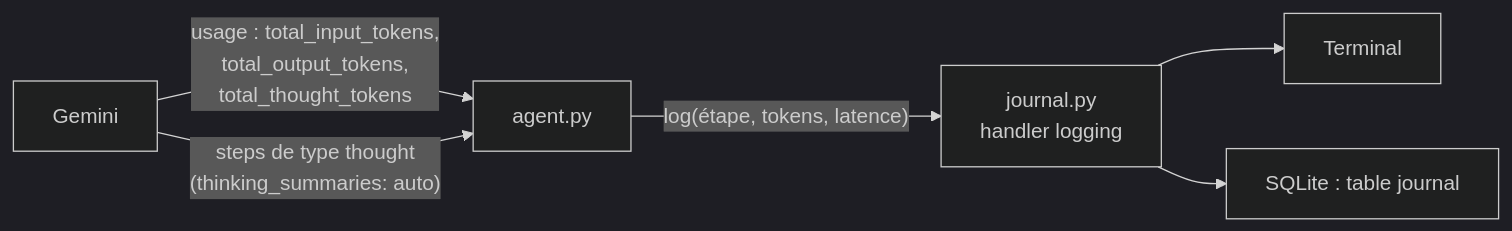
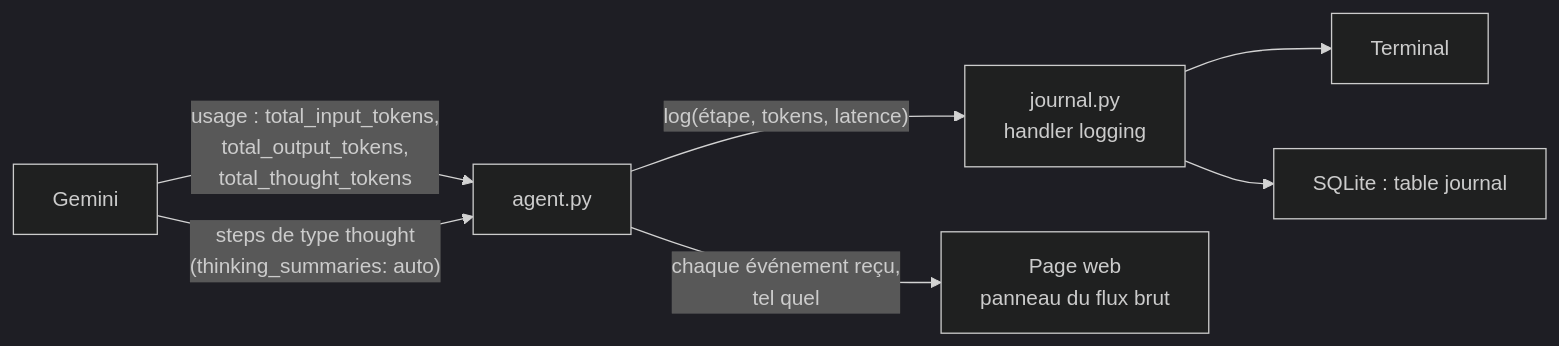
Before and after one commit to lecinquiemejour-code/goodvibe-tuto: diagram 15 of 44 in tuto-goodvibe-vibecoding.md, drawn with Mermaid (dark theme). The commit also changed other lines of this file and 2 other files, not shown here.

First line of the commit message:
docs: le flux brut, ce que le modèle renvoie vraiment (section 2.1, fiches 3, 4, 6, 10 et 11, glossaire, PRD, présentation)

````diff
--- a/tuto-goodvibe-vibecoding.md
+++ b/tuto-goodvibe-vibecoding.md
@@ -771,8 +784,9 @@
 ```mermaid
 flowchart LR
     A["agent.py"] -- "log(étape, tokens, latence)" --> J["journal.py<br/>handler logging"]
     J --> T["Terminal"]
     J --> D["SQLite : table journal"]
     G["Gemini"] -- "usage : total_input_tokens,<br/>total_output_tokens,<br/>total_thought_tokens" --> A
     G -- "steps de type thought<br/>(thinking_summaries: auto)" --> A
+    A -- "chaque événement reçu,<br/>tel quel" --> P["Page web<br/>panneau du flux brut"]
 ```
````
